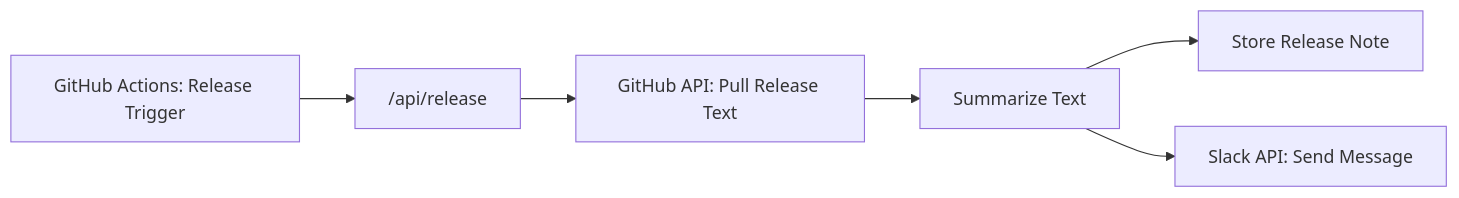
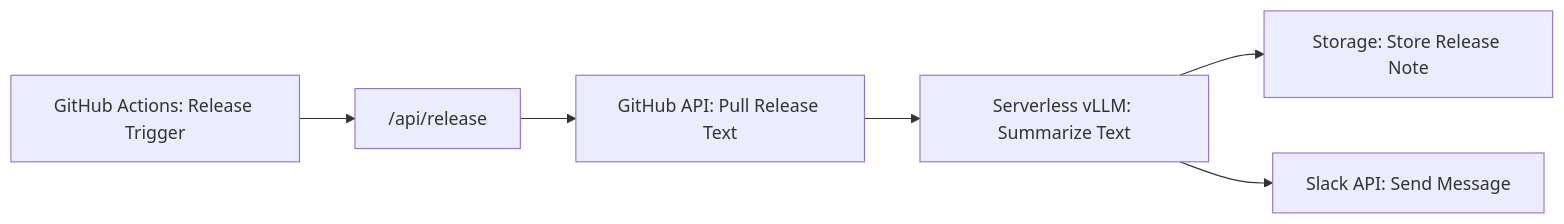
Before and after one commit to carstenjacobsen/runpod-demo: the diagram in README.md, drawn with Mermaid.

Commit message:
Update flowchart with specific summarization details

````diff
--- a/README.md
+++ b/README.md
@@ -10,8 +10,8 @@
 ```mermaid
 flowchart LR
     A[GitHub Actions: Release Trigger] --> B["/api/release"]
     B --> C[GitHub API: Pull Release Text]
-    C --> D[Summarize Text]
-    D --> E[Store Release Note]
+    C --> D[Serverless vLLM: Summarize Text]
+    D --> E[Storage: Store Release Note]
     D --> F[Slack API: Send Message]
 ```
````
